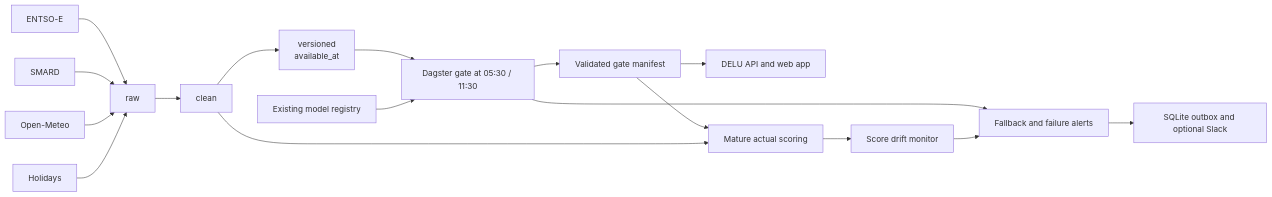
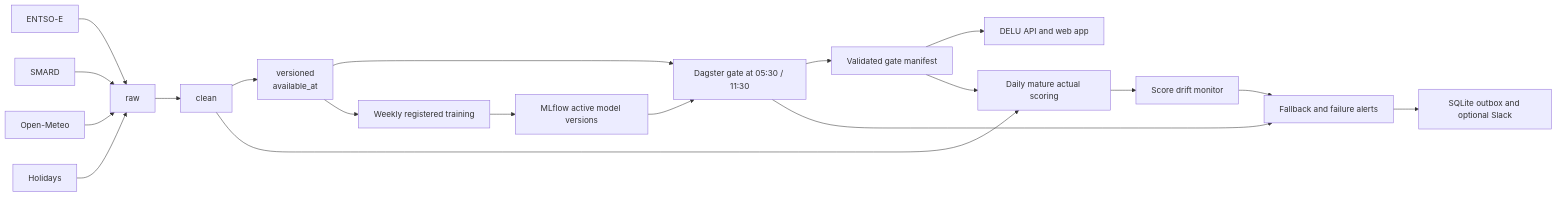
The diagram in README.md (bhanuprasanna2001/delukit), drawn with Mermaid before and after one commit. The commit also changed other lines of this file and 21 other files, not shown here.

````diff
--- a/README.md
+++ b/README.md
@@ -66,19 +67,21 @@
 ```mermaid
 flowchart LR
     E[ENTSO-E] --> R[raw]
     S[SMARD] --> R
     W[Open-Meteo] --> R
     H[Holidays] --> R
     R --> C[clean]
     C --> V[versioned\navailable_at]
     V --> G[Dagster gate at 05:30 / 11:30]
-    M[Existing model registry] --> G
+    M[MLflow active model versions] --> G
     G --> P[Validated gate manifest]
     P --> A[DELU API and web app]
-    P --> Q[Mature actual scoring]
-    C --> Q
+    C --> Q[Daily mature actual scoring]
+    P --> Q
+    V --> T[Weekly registered training]
+    T --> M
     Q --> D[Score drift monitor]
     G --> L[Fallback and failure alerts]
     D --> L
     L --> K[SQLite outbox and optional Slack]
 ```
````
